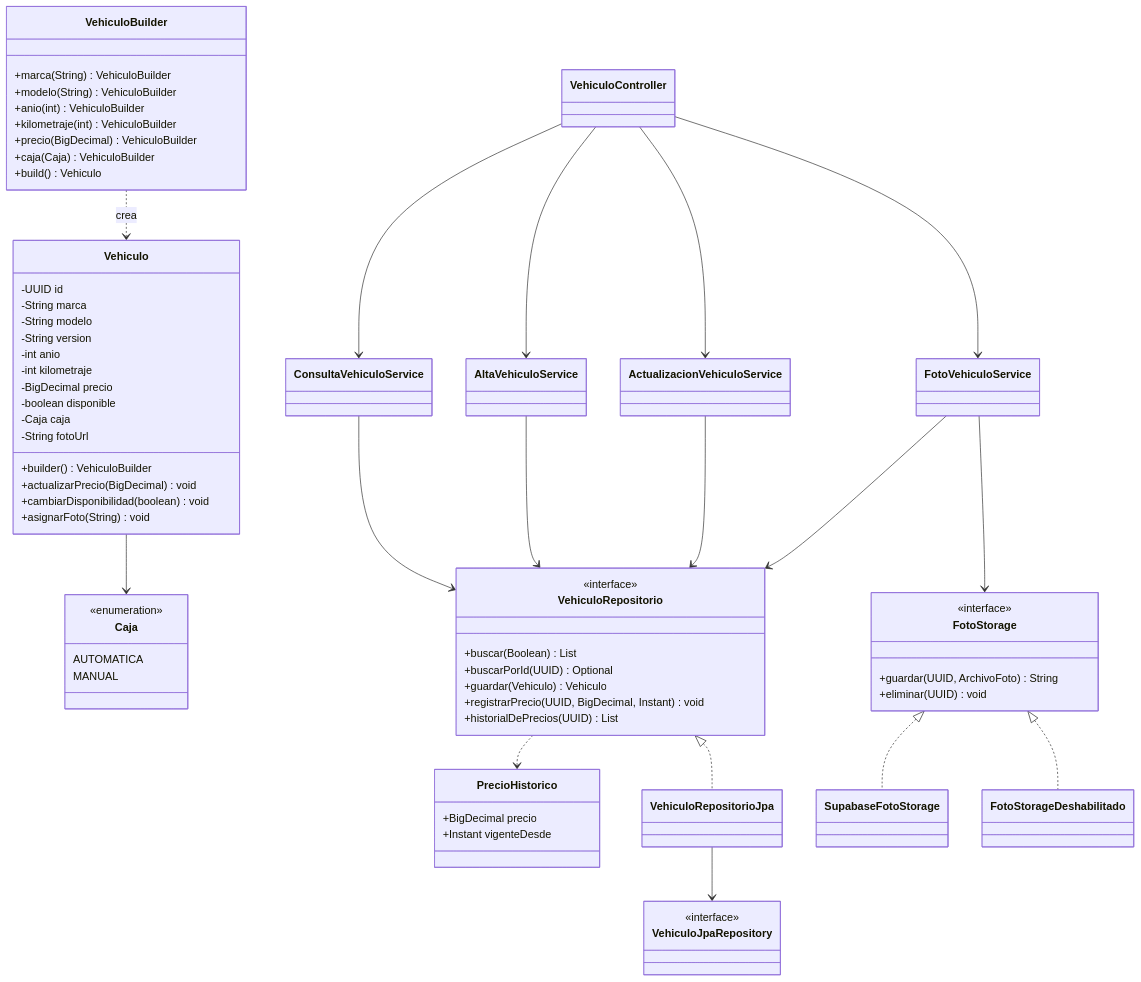
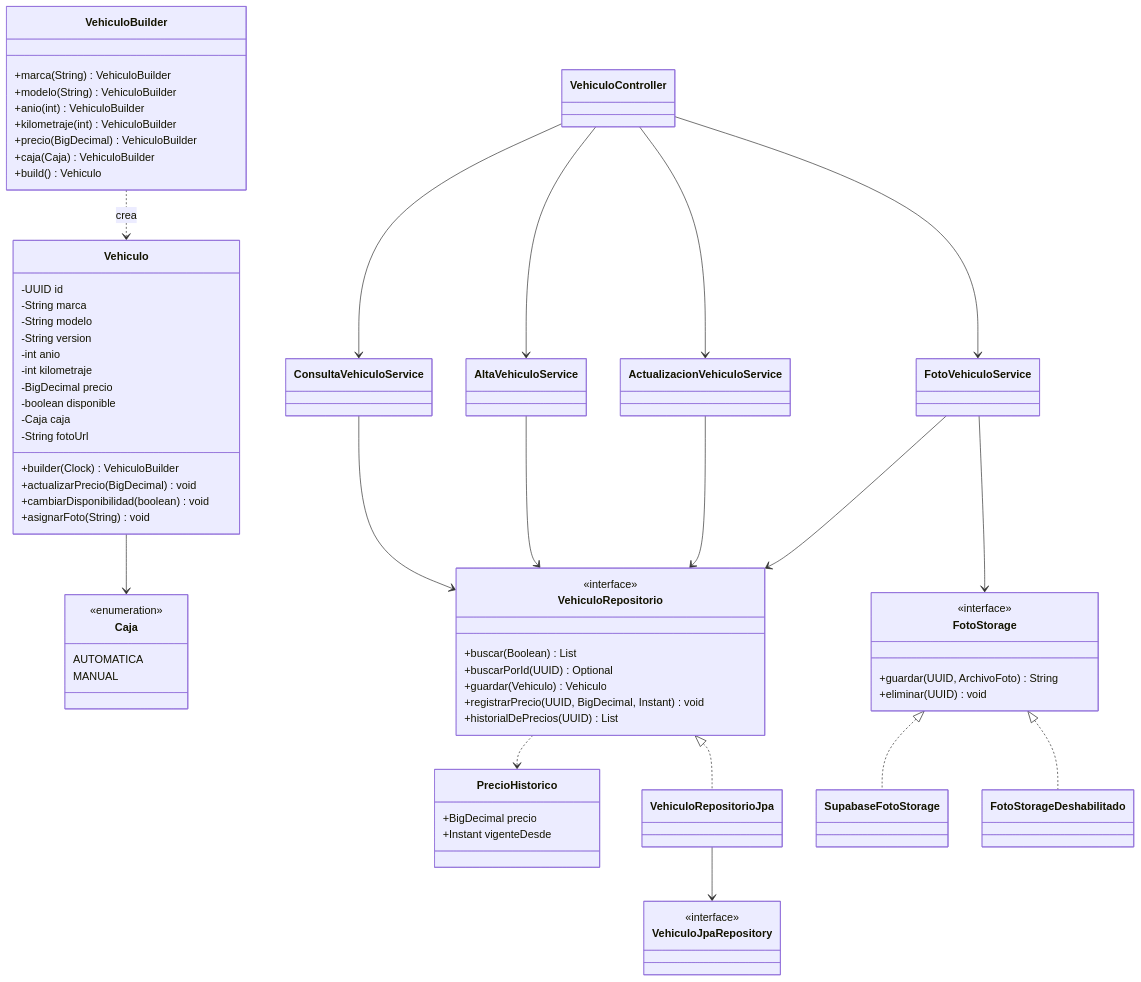
The diagram in docs/arquitectura.md (naimgaunaa/VehiculosMicroservice), drawn with Mermaid before and after one commit. The commit also changed other lines of this file and 12 other files, not shown here.

````diff
--- a/docs/arquitectura.md
+++ b/docs/arquitectura.md
@@ -313,78 +313,78 @@
 ```mermaid
 classDiagram
     class Vehiculo {
         -UUID id
         -String marca
         -String modelo
         -String version
         -int anio
         -int kilometraje
         -BigDecimal precio
         -boolean disponible
         -Caja caja
         -String fotoUrl
-        +builder() VehiculoBuilder
+        +builder(Clock) VehiculoBuilder
         +actualizarPrecio(BigDecimal) void
         +cambiarDisponibilidad(boolean) void
         +asignarFoto(String) void
     }
     class VehiculoBuilder {
         +marca(String) VehiculoBuilder
         +modelo(String) VehiculoBuilder
         +anio(int) VehiculoBuilder
         +kilometraje(int) VehiculoBuilder
         +precio(BigDecimal) VehiculoBuilder
         +caja(Caja) VehiculoBuilder
         +build() Vehiculo
     }
     class Caja {
         <<enumeration>>
         AUTOMATICA
         MANUAL
     }
     class VehiculoRepositorio {
         <<interface>>
         +buscar(Boolean) List
         +buscarPorId(UUID) Optional
         +guardar(Vehiculo) Vehiculo
         +registrarPrecio(UUID, BigDecimal, Instant) void
         +historialDePrecios(UUID) List
     }
     class PrecioHistorico {
         +BigDecimal precio
         +Instant vigenteDesde
     }
     class VehiculoRepositorioJpa
     class VehiculoJpaRepository {
         <<interface>>
     }
     class FotoStorage {
         <<interface>>
         +guardar(UUID, ArchivoFoto) String
         +eliminar(UUID) void
     }
     class SupabaseFotoStorage
     class FotoStorageDeshabilitado
     class ConsultaVehiculoService
     class AltaVehiculoService
     class ActualizacionVehiculoService
     class FotoVehiculoService
     class VehiculoController
 
     VehiculoBuilder ..> Vehiculo : crea
     Vehiculo --> Caja
     VehiculoRepositorio <|.. VehiculoRepositorioJpa
     VehiculoRepositorio ..> PrecioHistorico
     VehiculoRepositorioJpa --> VehiculoJpaRepository
     FotoStorage <|.. SupabaseFotoStorage
     FotoStorage <|.. FotoStorageDeshabilitado
     VehiculoController --> ConsultaVehiculoService
     VehiculoController --> AltaVehiculoService
     VehiculoController --> ActualizacionVehiculoService
     VehiculoController --> FotoVehiculoService
     ConsultaVehiculoService --> VehiculoRepositorio
     AltaVehiculoService --> VehiculoRepositorio
     ActualizacionVehiculoService --> VehiculoRepositorio
     FotoVehiculoService --> VehiculoRepositorio
     FotoVehiculoService --> FotoStorage
 ```
````
